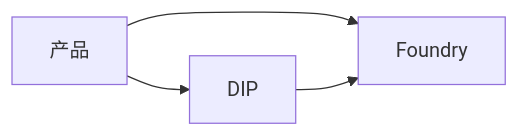
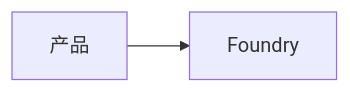
The diagram in rules/ARCHITECTURE.zh.md (openbkn-ai/bkn-foundry), drawn with Mermaid before and after one commit. The commit also changed other lines of this file and 1 other file, not shown here.

First line of the commit message:
docs(rules): remove DIP layer from architecture (platform is backend-only)

````diff
--- a/rules/ARCHITECTURE.zh.md
+++ b/rules/ARCHITECTURE.zh.md
@@ -16,6 +15,4 @@
 ```mermaid
 flowchart LR
-  Product[产品] --> DIP[DIP]
-  Product --> Foundry[Foundry]
-  DIP --> Foundry
+  Product[产品] --> Foundry[Foundry]
 ```
````
